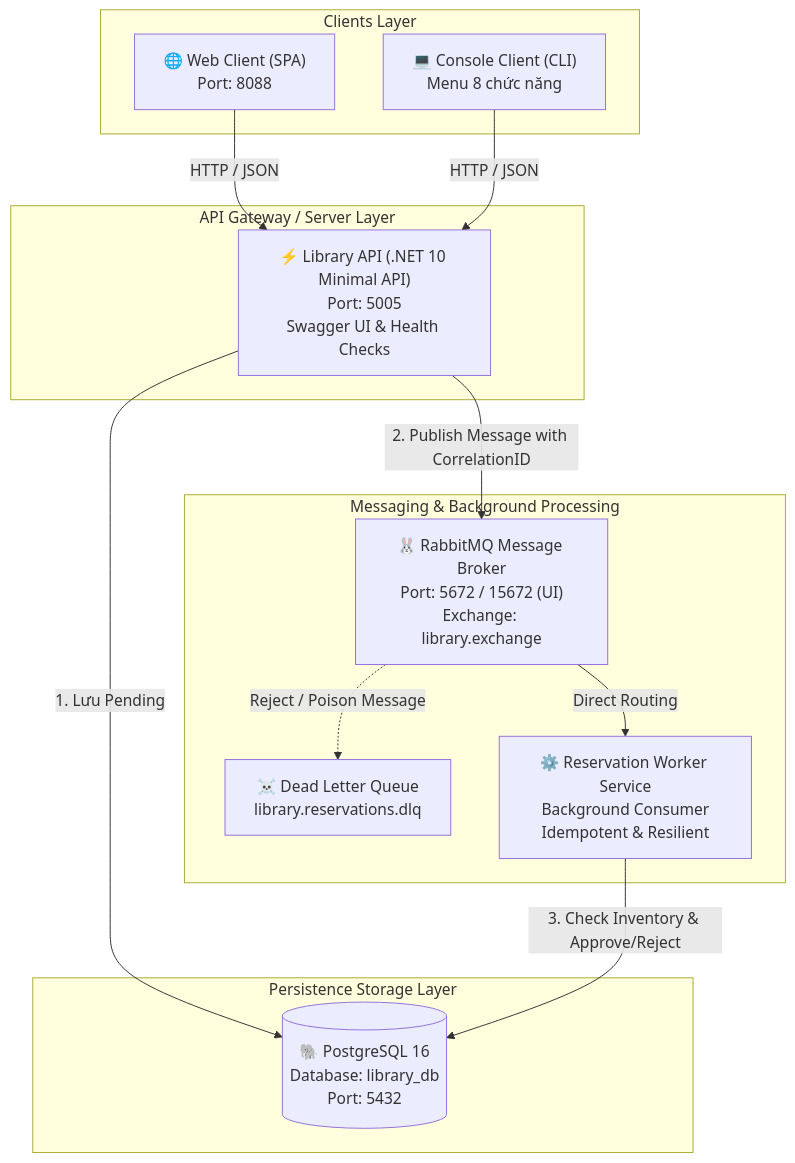
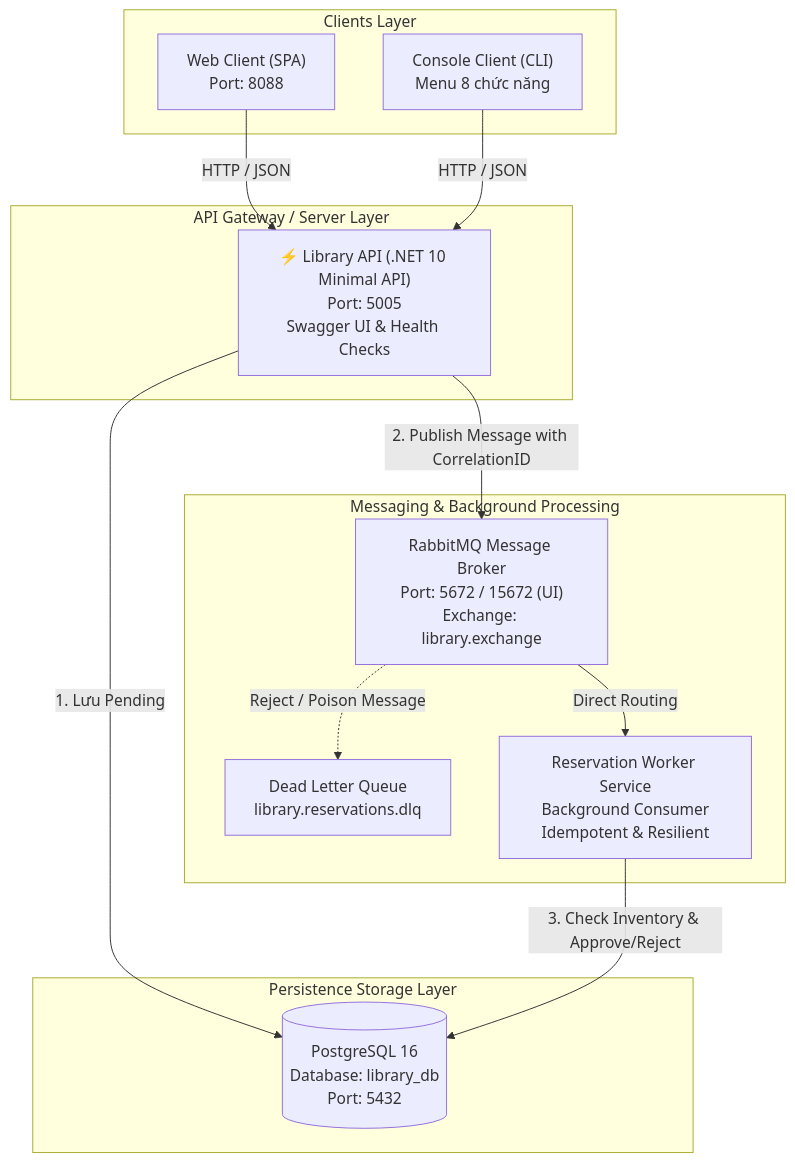
The first of 2 diagrams in README.md (azmedia2006/distributed-library-reservation-v2), drawn with Mermaid before and after one commit. The commit also changed other lines of this file, not shown here.

````diff
--- a/README.md
+++ b/README.md
@@ -50,29 +50,29 @@
 ```mermaid
 graph TD
     subgraph "Clients Layer"
-        WebClient["🌐 Web Client (SPA)<br/>Port: 8088"]
-        ConsoleClient["💻 Console Client (CLI)<br/>Menu 8 chức năng"]
+        WebClient["Web Client (SPA)<br/>Port: 8088"]
+        ConsoleClient["Console Client (CLI)<br/>Menu 8 chức năng"]
     end
 
     subgraph "API Gateway / Server Layer"
         API["⚡ Library API (.NET 10 Minimal API)<br/>Port: 5005<br/>Swagger UI & Health Checks"]
     end
 
     subgraph "Messaging & Background Processing"
-        RabbitMQ["🐰 RabbitMQ Message Broker<br/>Port: 5672 / 15672 (UI)<br/>Exchange: library.exchange"]
-        DLQ["☠️ Dead Letter Queue<br/>library.reservations.dlq"]
-        Worker["⚙️ Reservation Worker Service<br/>Background Consumer<br/>Idempotent & Resilient"]
+        RabbitMQ["RabbitMQ Message Broker<br/>Port: 5672 / 15672 (UI)<br/>Exchange: library.exchange"]
+        DLQ["Dead Letter Queue<br/>library.reservations.dlq"]
+        Worker["Reservation Worker Service<br/>Background Consumer<br/>Idempotent & Resilient"]
     end
 
     subgraph "Persistence Storage Layer"
-        Postgres[("🐘 PostgreSQL 16<br/>Database: library_db<br/>Port: 5432")]
+        Postgres[("PostgreSQL 16<br/>Database: library_db<br/>Port: 5432")]
     end
 
     WebClient -->|HTTP / JSON| API
     ConsoleClient -->|HTTP / JSON| API
     API -->|1. Lưu Pending| Postgres
     API -->|2. Publish Message with CorrelationID| RabbitMQ
     RabbitMQ -->|Direct Routing| Worker
     RabbitMQ -.->|Reject / Poison Message| DLQ
     Worker -->|3. Check Inventory & Approve/Reject| Postgres
 ```
````
